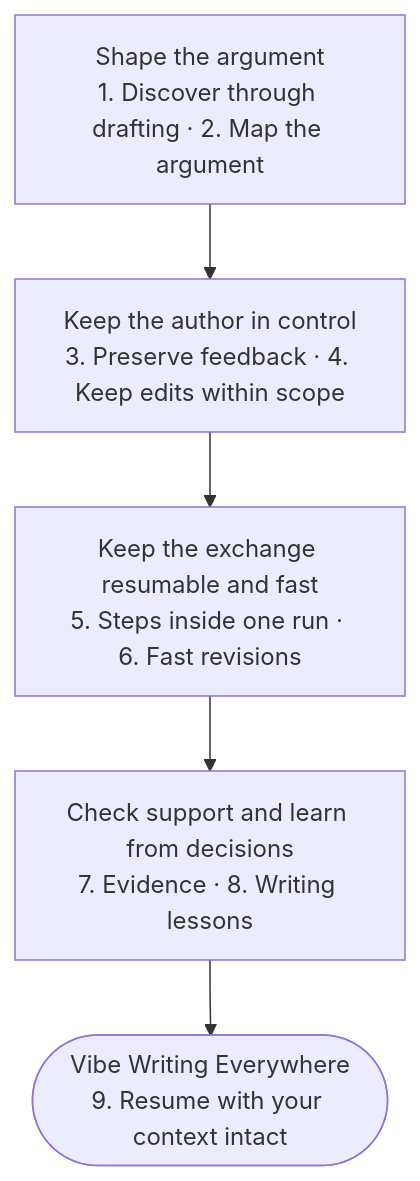
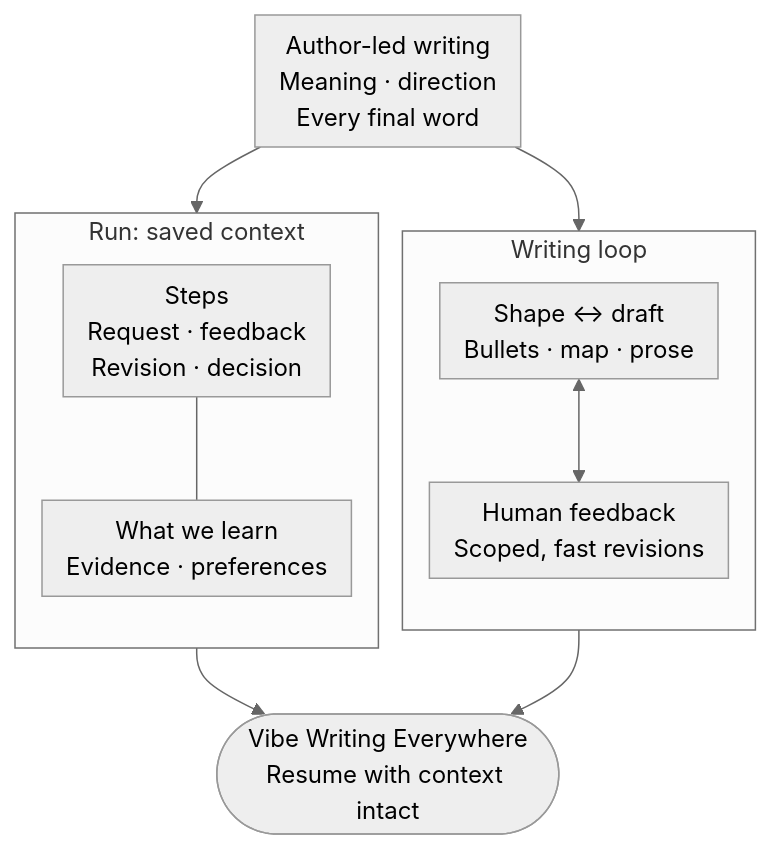
Before and after one commit to jluo41/Tools: the diagram in plugins/haipipe-toolkit/docs/page-writing-philosophy-english.md, drawn with Mermaid. The commit also changed other lines of this file and 1 other file, not shown here.

Commit message:
Clarify blog opening and show the writing hierarchy

````diff
--- a/plugins/haipipe-toolkit/docs/page-writing-philosophy-english.md
+++ b/plugins/haipipe-toolkit/docs/page-writing-philosophy-english.md
@@ -7,9 +3,22 @@
 ```mermaid
-flowchart TD
-    A["Shape the argument<br/>1. Discover through drafting · 2. Map the argument"]
-    B["Keep the author in control<br/>3. Preserve feedback · 4. Keep edits within scope"]
-    C["Keep the exchange resumable and fast<br/>5. Steps inside one run · 6. Fast revisions"]
-    D["Check support and learn from decisions<br/>7. Evidence · 8. Writing lessons"]
-    E(["Vibe Writing Everywhere<br/>9. Resume with your context intact"])
-    A --> B --> C --> D --> E
+%%{init: {"theme": "neutral", "flowchart": {"nodeSpacing": 16, "rankSpacing": 44, "padding": 8}}}%%
+flowchart TB
+    A["Author-led writing<br/>Meaning · direction<br/>Every final word"]
+    subgraph W["Writing loop"]
+        direction TB
+        B["Shape ↔ draft<br/>Bullets · map · prose"]
+        C["Human feedback<br/>Scoped, fast revisions"]
+        B <--> C
+    end
+    subgraph R["Run: saved context"]
+        direction TB
+        D["Steps<br/>Request · feedback<br/>Revision · decision"]
+        E["What we learn<br/>Evidence · preferences"]
+        D --- E
+    end
+    A --> W
+    A --> R
+    F(["Vibe Writing Everywhere<br/>Resume with context intact"])
+    C --> F
+    E --> F
 ```
````
